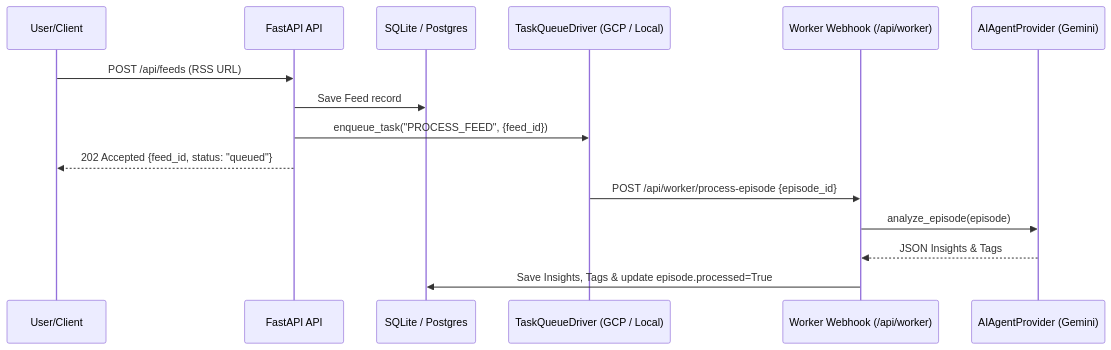
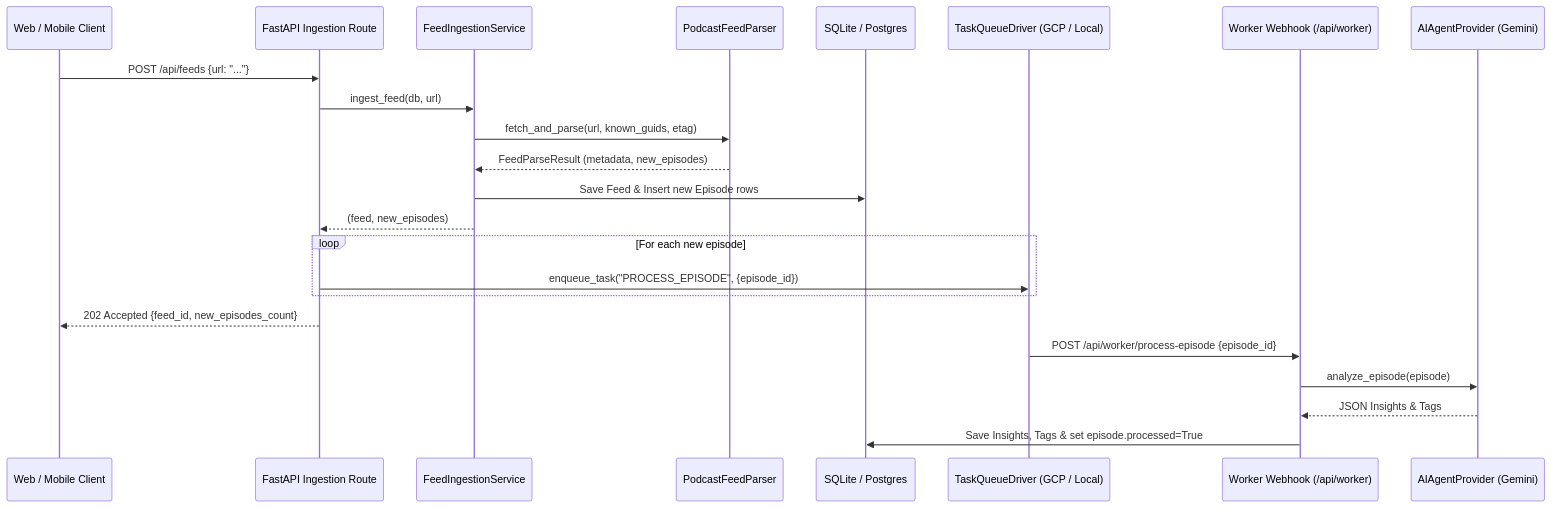
Before and after one commit to xing-cqkd/tunedin: the diagram in backend/ingestion/PLAN.md, drawn with Mermaid. The commit also changed other lines of this file and 23 other files, not shown here.

Commit message:
feat(ingestion): add podcast feed parser, data models, .gitignore, and tests

````diff
--- a/backend/ingestion/PLAN.md
+++ b/backend/ingestion/PLAN.md
@@ -28,19 +67,28 @@
 ```mermaid
 sequenceDiagram
-    participant User/Client
-    participant FastAPI as FastAPI API
+    participant Client as Web / Mobile Client
+    participant API as FastAPI Ingestion Route
+    participant Service as FeedIngestionService
+    participant Parser as PodcastFeedParser
     participant DB as SQLite / Postgres
-    participant Driver as TaskQueueDriver (GCP / Local)
+    participant Queue as TaskQueueDriver (GCP / Local)
     participant Worker as Worker Webhook (/api/worker)
     participant AI as AIAgentProvider (Gemini)
 
-    User/Client->>FastAPI: POST /api/feeds (RSS URL)
-    FastAPI->>DB: Save Feed record
-    FastAPI->>Driver: enqueue_task("PROCESS_FEED", {feed_id})
-    FastAPI-->>User/Client: 202 Accepted {feed_id, status: "queued"}
+    Client->>API: POST /api/feeds {url: "..."}
+    API->>Service: ingest_feed(db, url)
+    Service->>Parser: fetch_and_parse(url, known_guids, etag)
+    Parser-->>Service: FeedParseResult (metadata, new_episodes)
+    Service->>DB: Save Feed & Insert new Episode rows
+    Service-->>API: (feed, new_episodes)
     
-    Driver->>Worker: POST /api/worker/process-episode {episode_id}
+    loop For each new episode
+        API->>Queue: enqueue_task("PROCESS_EPISODE", {episode_id})
+    end
+    API-->>Client: 202 Accepted {feed_id, new_episodes_count}
+
+    Queue->>Worker: POST /api/worker/process-episode {episode_id}
     Worker->>AI: analyze_episode(episode)
     AI-->>Worker: JSON Insights & Tags
-    Worker->>DB: Save Insights, Tags & update episode.processed=True
+    Worker->>DB: Save Insights, Tags & set episode.processed=True
 ```
````
